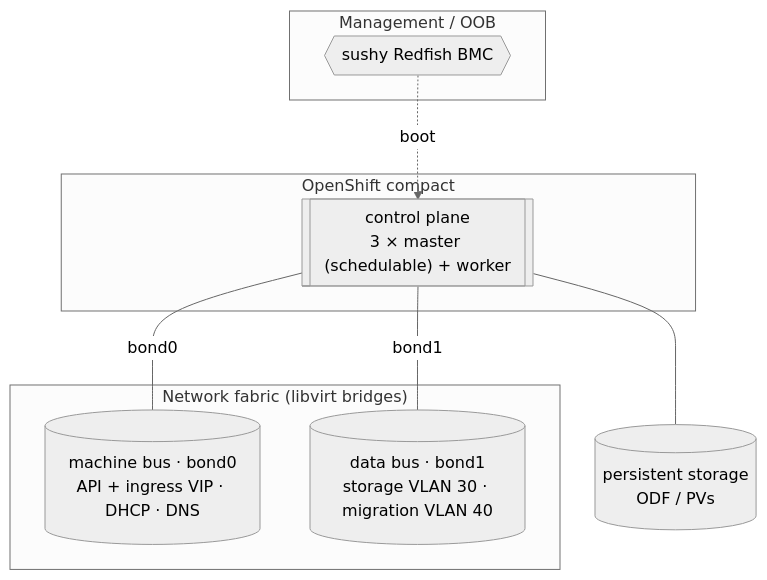
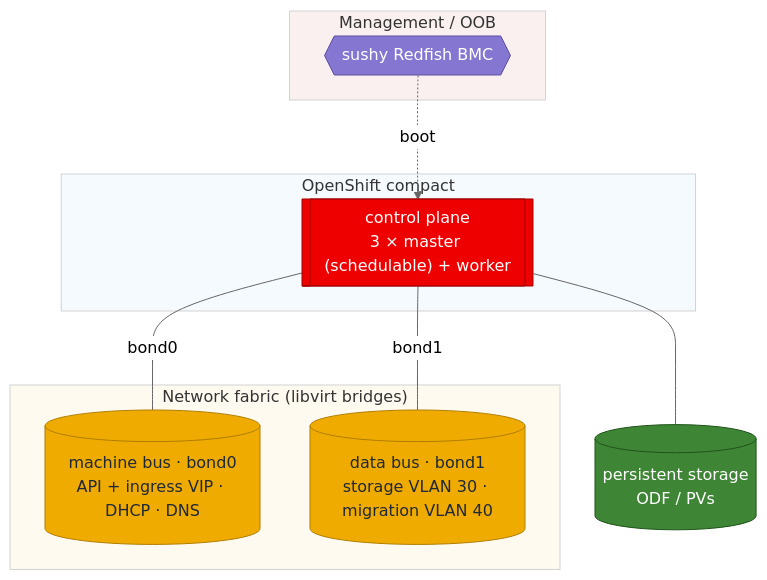
The seventh of 10 diagrams in docs/architecture.md (maci0/vmetal-openshift), drawn with Mermaid (neutral theme) before and after one commit. The commit also changed other lines of this file and 14 other files, not shown here.

First line of the commit message:
docs: colour the diagrams (Red Hat refarch palette), drop beautiful-mermaid pipeline

````diff
--- a/docs/architecture.md
+++ b/docs/architecture.md
@@ -275,18 +307,26 @@
 ```mermaid
 flowchart TB
   subgraph mgmt["Management / OOB"]
     sushy{{"sushy Redfish BMC"}}
   end
   subgraph cluster["OpenShift compact"]
     cp[["control plane<br/>3 × master (schedulable) + worker"]]
   end
   subgraph fabric["Network fabric (libvirt bridges)"]
     mach[("machine bus · bond0<br/>API + ingress VIP · DHCP · DNS")]
     data[("data bus · bond1<br/>storage VLAN 30 · migration VLAN 40")]
   end
   store[("persistent storage<br/>ODF / PVs")]
   sushy -. boot .-> cp
   cp -- bond0 --- mach
   cp -- bond1 --- data
   cp --- store
+  classDef cp fill:#ee0000,stroke:#a30000,color:#fff;
+  classDef bmc fill:#8476d1,stroke:#5d4fa3,color:#fff;
+  classDef net fill:#f0ab00,stroke:#b07e00,color:#1f2937;
+  classDef stor fill:#3e8635,stroke:#1f5419,color:#fff;
+  class cp cp; class sushy bmc; class mach,data net; class store stor;
+  style mgmt fill:#faf0f0,stroke:#d2d2d2;
+  style cluster fill:#f5faff,stroke:#d2d2d2;
+  style fabric fill:#fffaf0,stroke:#d2d2d2;
 ```
````
